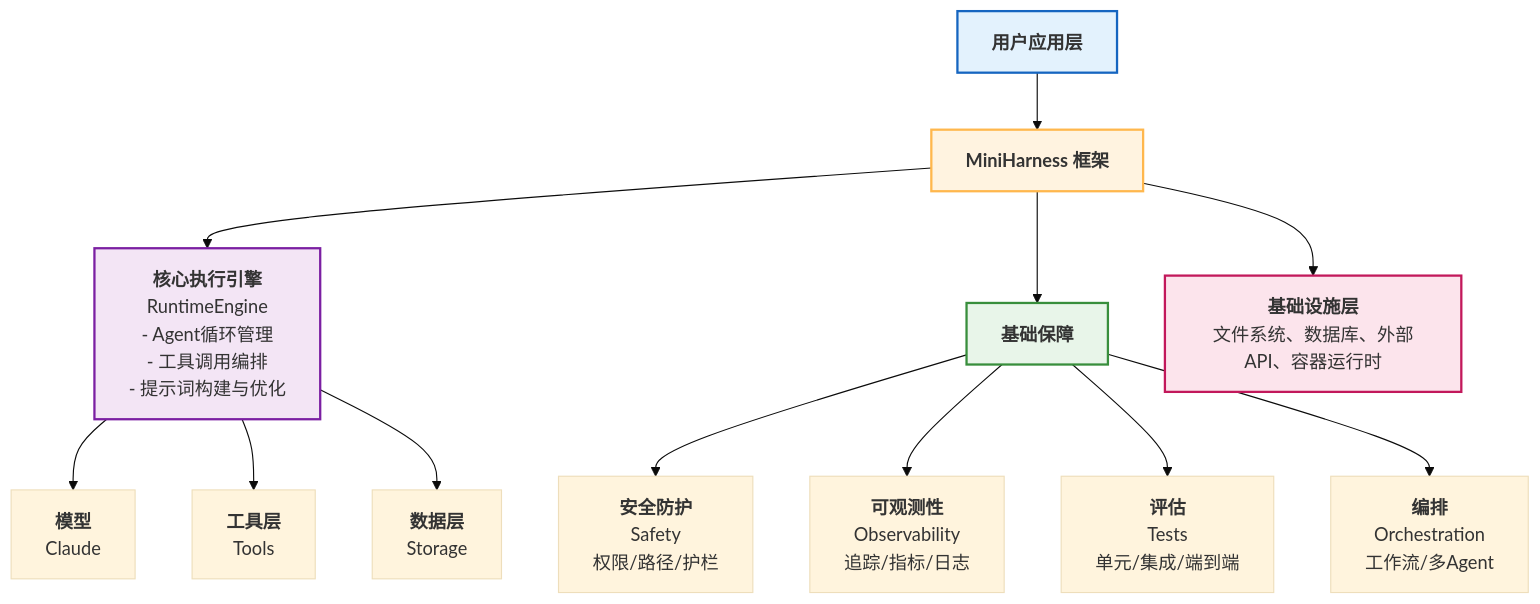
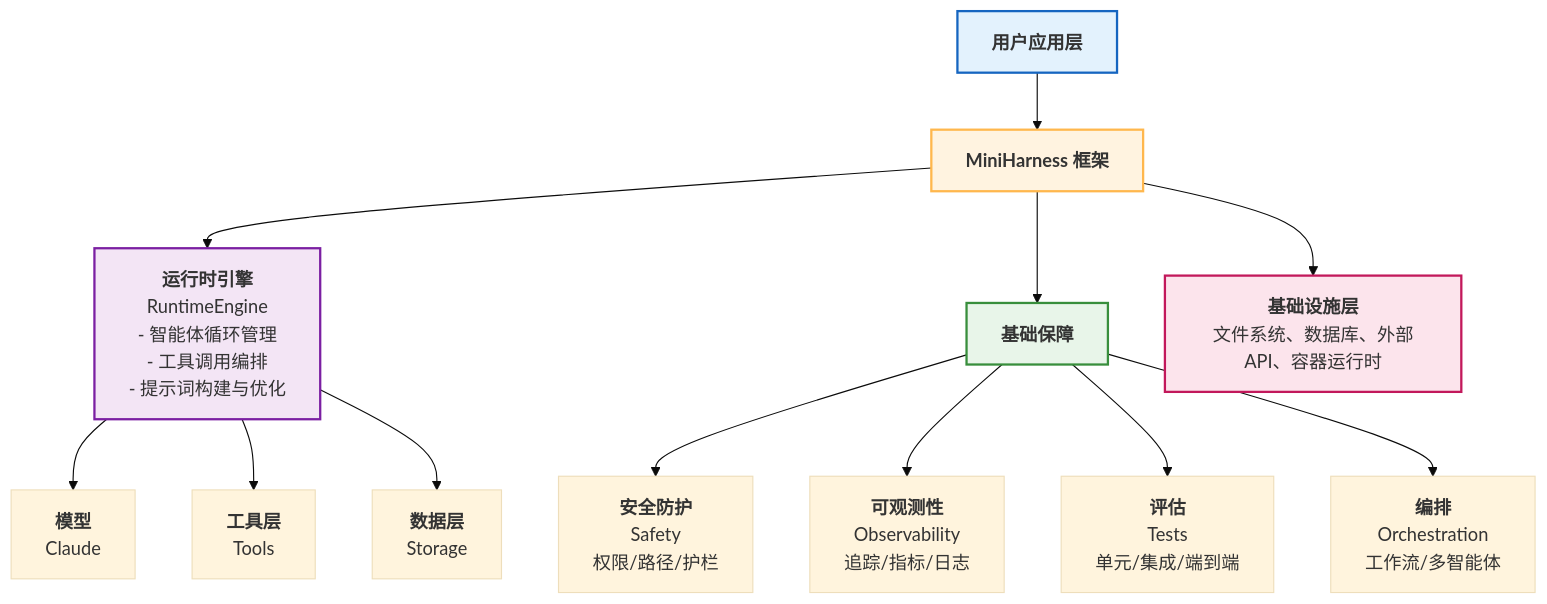
Before and after one commit to yeasy/harness_engineering_guide: the third of 3 diagrams in appendix/miniharness_index.md, drawn with Mermaid (base theme). The commit also changed other lines of this file and 57 other files, not shown here.

````diff
--- a/appendix/miniharness_index.md
+++ b/appendix/miniharness_index.md
@@ -460,25 +461,25 @@
 ```mermaid
 graph TD
     A["<b>用户应用层</b>"] --> B["<b>MiniHarness 框架</b>"]
 
-    B --> C["<b>核心执行引擎</b><br/>RuntimeEngine<br/>- Agent循环管理<br/>- 工具调用编排<br/>- 提示词构建与优化"]
+    B --> C["<b>运行时引擎</b><br/>RuntimeEngine<br/>- 智能体循环管理<br/>- 工具调用编排<br/>- 提示词构建与优化"]
 
     C --> D["<b>模型</b><br/>Claude"]
     C --> E["<b>工具层</b><br/>Tools"]
     C --> F["<b>数据层</b><br/>Storage"]
 
     B --> G["<b>基础保障</b>"]
 
     G --> G1["<b>安全防护</b><br/>Safety<br/>权限/路径/护栏"]
     G --> G2["<b>可观测性</b><br/>Observability<br/>追踪/指标/日志"]
     G --> G3["<b>评估</b><br/>Tests<br/>单元/集成/端到端"]
-    G --> G4["<b>编排</b><br/>Orchestration<br/>工作流/多Agent"]
+    G --> G4["<b>编排</b><br/>Orchestration<br/>工作流/多智能体"]
 
     B --> H["<b>基础设施层</b><br/>文件系统、数据库、外部API、容器运行时"]
 
     style A fill:#e3f2fd,stroke:#1565c0,stroke-width:2px
     style B fill:#fff3e0,stroke:#ffb74d,stroke-width:2px
     style C fill:#f3e5f5,stroke:#7b1fa2,stroke-width:2px
     style G fill:#e8f5e9,stroke:#388e3c,stroke-width:2px
     style H fill:#fce4ec,stroke:#c2185b,stroke-width:2px
 ```
````
